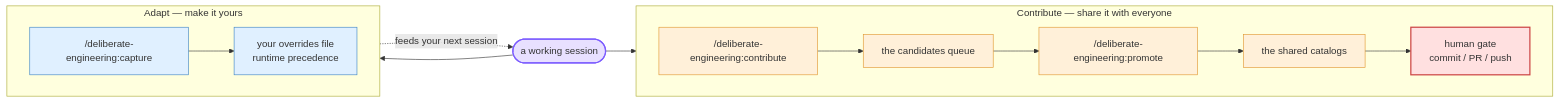
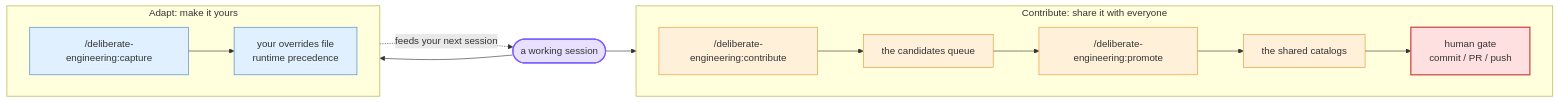
One commit to lucasfugisawa/deliberate-engineering changed the second of 2 diagrams in docs/architecture-and-usage.md. Above: the diagram before and after it, drawn with Mermaid. The commit also changed other lines of this file and 13 other files, not shown here.

````diff
--- a/docs/architecture-and-usage.md
+++ b/docs/architecture-and-usage.md
@@ -49,34 +53,34 @@
 ```mermaid
 flowchart LR
     session(["a working session"])
 
-    subgraph adapt["Adapt — make it yours"]
+    subgraph adapt["Adapt: make it yours"]
         direction LR
         capture["/deliberate-engineering:capture"]
         overrides["your overrides file<br/>runtime precedence"]
         capture --> overrides
     end
 
-    subgraph share["Contribute — share it with everyone"]
+    subgraph share["Contribute: share it with everyone"]
         direction LR
         contribute["/deliberate-engineering:contribute"]
         queue["the candidates queue"]
         promote["/deliberate-engineering:promote"]
         catalog["the shared catalogs"]
         gate["human gate<br/>commit / PR / push"]
         contribute --> queue --> promote --> catalog --> gate
     end
 
     session --> capture
     session --> contribute
     overrides -.->|feeds your next session| session
 
     classDef session fill:#e8e0ff,stroke:#7c5cff,stroke-width:2px;
     classDef adopter fill:#e0f0ff,stroke:#3b82c4,stroke-width:1px;
     classDef author fill:#fff0d9,stroke:#e0962e,stroke-width:1px;
     classDef gate fill:#ffe0e0,stroke:#cc4444,stroke-width:2px;
     class session session
     class capture,overrides adopter
     class contribute,queue,promote,catalog author
     class gate gate
 ```
````
